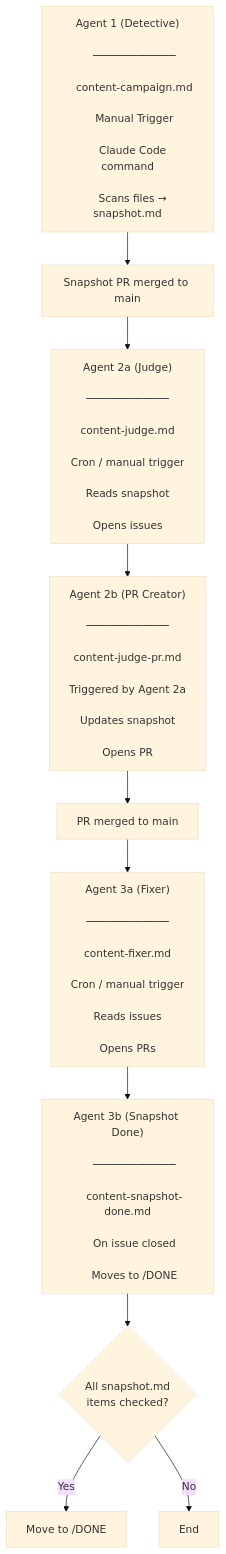
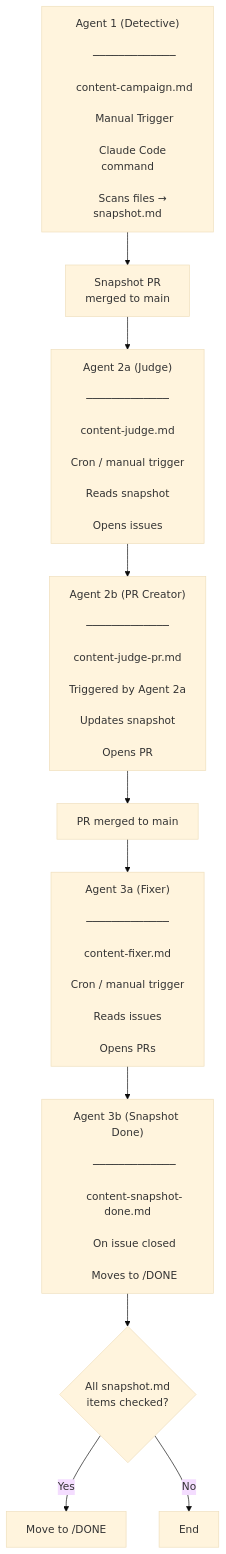
Before and after one commit to SSWConsulting/SSW.Rules.Content: the diagram in .github/ContentHawk/README.md, drawn with Mermaid (base theme).

Commit message:
line break

````diff
--- a/.github/ContentHawk/README.md
+++ b/.github/ContentHawk/README.md
@@ -7,50 +7,50 @@
 ```mermaid
 flowchart TD
     A["Agent 1 (Detective)<br/>
     ─────────────<br/>
     content-campaign.md<br/>
     Manual Trigger<br/>
     Claude Code command<br/>
     Scans files → snapshot.md"]
 
-    B["Snapshot PR merged to main"]
+    B["Snapshot PR <br/> merged to main"]
 
     C["Agent 2a (Judge)<br/>
     ─────────────<br/>
     content-judge.md<br/>
     Cron / manual trigger<br/>
     Reads snapshot<br/>
     Opens issues"]
 
     D["Agent 2b (PR Creator)<br/>
     ─────────────<br/>
     content-judge-pr.md<br/>
     Triggered by Agent 2a<br/>
     Updates snapshot<br/>
     Opens PR"]
 
     E["PR merged to main"]
 
     F["Agent 3a (Fixer)<br/>
     ─────────────<br/>
     content-fixer.md<br/>
     Cron / manual trigger<br/>
     Reads issues<br/>
     Opens PRs"]
 
     H["Agent 3b (Snapshot Done)<br/>
     ─────────────<br/>
     content-snapshot-done.md<br/>
     On issue closed<br/>
     Moves to /DONE"]
 
     I{"All snapshot.md <br/> items checked?"}
 
     J["Move to /DONE"]
 
     K["End"]
 
     A --> B --> C --> D --> E --> F --> H --> I
     I -- Yes --> J
     I -- No --> K
 ```
````
